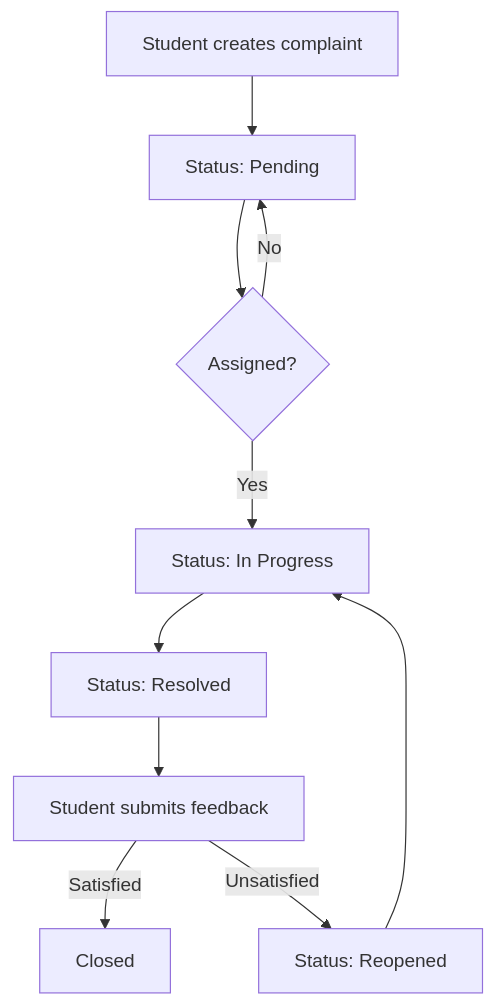
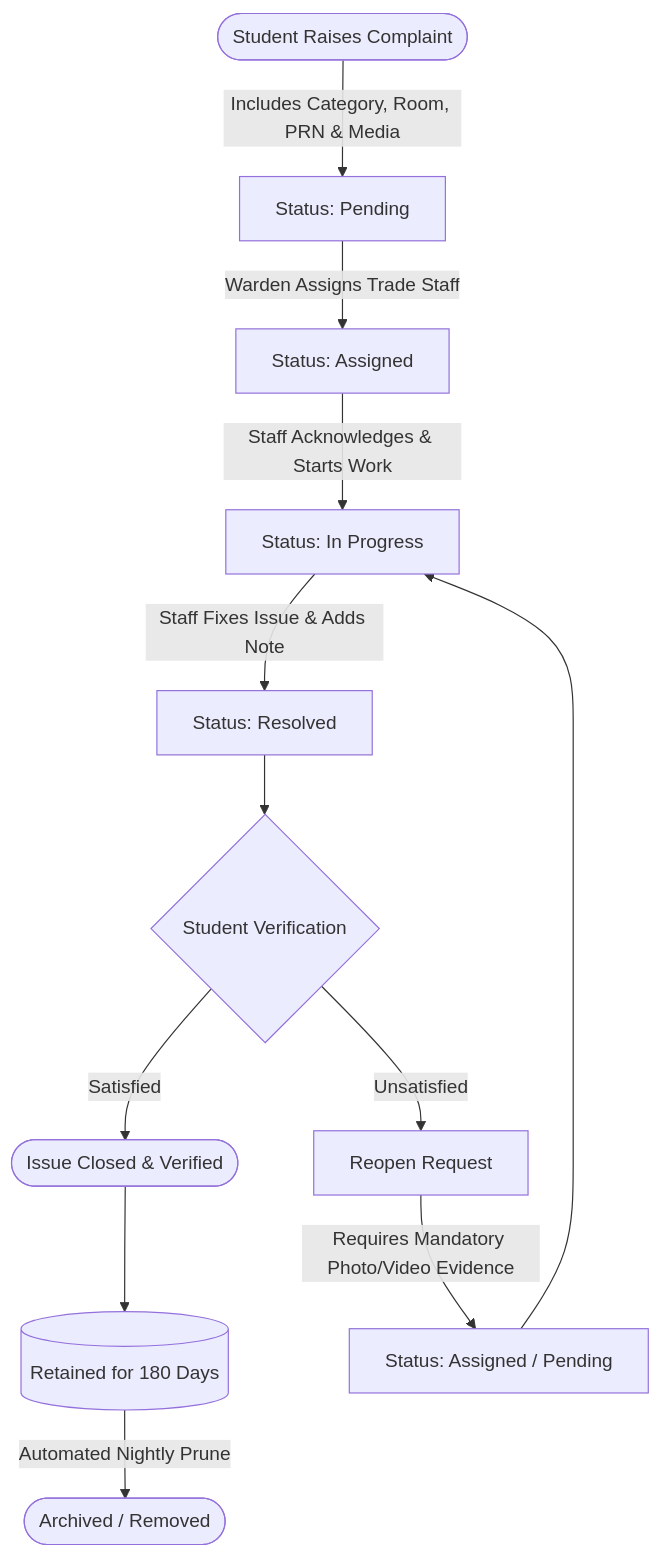
The third of 3 diagrams in README.md (Antariksh62/Hostel-Management-System), drawn with Mermaid before and after one commit. The commit also changed other lines of this file, not shown here.

````diff
--- a/README.md
+++ b/README.md
@@ -140,12 +154,17 @@
 ```mermaid
 flowchart TD
-    A[Student creates complaint] --> B[Status: Pending]
-    B --> C{Assigned?}
-    C -->|Yes| D[Status: In Progress]
-    C -->|No| B
-    D --> E[Status: Resolved]
-    E --> F[Student submits feedback]
-    F -->|Satisfied| G[Closed]
-    F -->|Unsatisfied| H[Status: Reopened]
-    H --> D
+    A([Student Raises Complaint]) -->|Includes Category, Room, PRN & Media| B[Status: Pending]
+    B -->|Warden Assigns Trade Staff| C[Status: Assigned]
+    C -->|Staff Acknowledges & Starts Work| D[Status: In Progress]
+    D -->|Staff Fixes Issue & Adds Note| E[Status: Resolved]
+    
+    E --> F{Student Verification}
+    F -->|Satisfied| G([Issue Closed & Verified])
+    F -->|Unsatisfied| H[Reopen Request]
+    
+    H -->|Requires Mandatory Photo/Video Evidence| I[Status: Assigned / Pending]
+    I --> D
+
+    G --> J[(Retained for 180 Days)]
+    J -->|Automated Nightly Prune| K([Archived / Removed])
 ```
````
